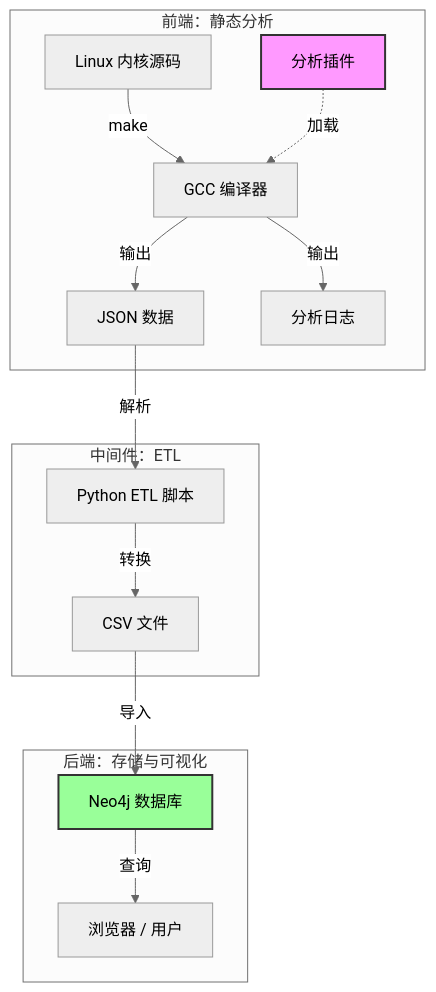
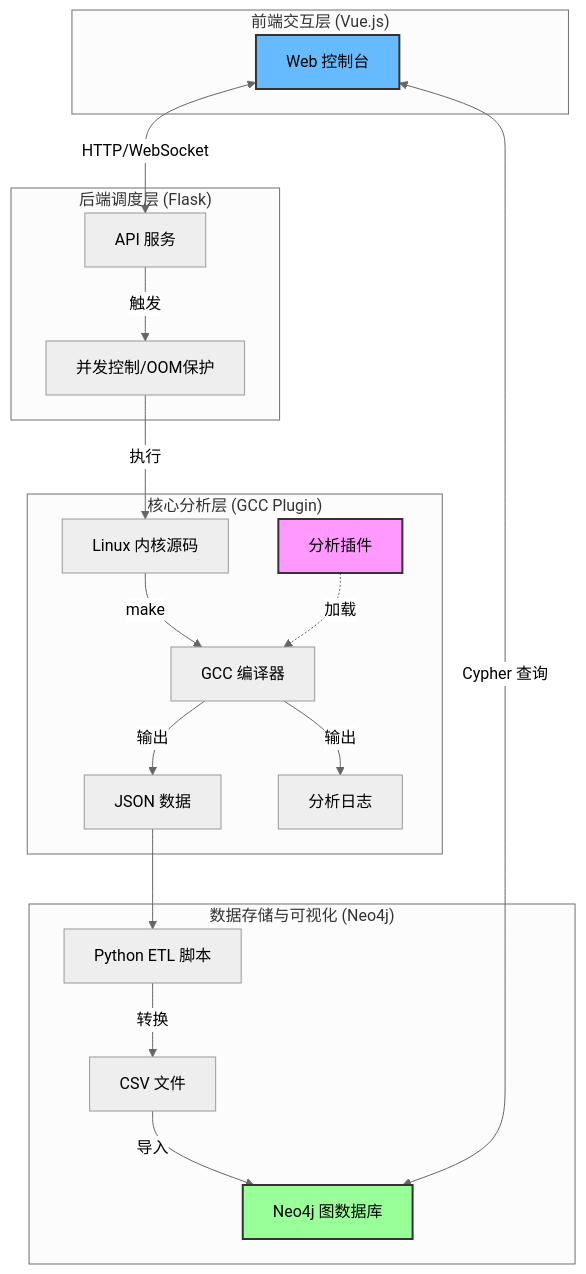
Before and after one commit to lehengzhangJacob/Linux_kernel_safety_tool: the first of 7 diagrams in README.md, drawn with Mermaid (neutral theme). The commit also changed other lines of this file, not shown here.

Commit message:
docs: update README to reflect Web SaaS architecture and GUI-first workflow

````diff
--- a/README.md
+++ b/README.md
@@ -39,22 +42,33 @@
 ```mermaid
 graph TD
-    subgraph "前端：静态分析"
+    subgraph "前端交互层 (Vue.js)"
+        UI[Web 控制台]
+    end
+
+    subgraph "后端调度层 (Flask)"
+        API[API 服务]
+        OOM[并发控制/OOM保护]
+    end
+
+    subgraph "核心分析层 (GCC Plugin)"
         K[Linux 内核源码] -->|make| G[GCC 编译器]
         P[分析插件] -.->|加载| G
         G -->|输出| J[JSON 数据]
         G -->|输出| L[分析日志]
     end
 
-    subgraph "中间件：ETL"
-        J -->|解析| E[Python ETL 脚本]
-        E -->|转换| C[CSV 文件]
+    subgraph "数据存储与可视化 (Neo4j)"
+        E[Python ETL 脚本] -->|转换| C[CSV 文件]
+        C -->|导入| N[Neo4j 图数据库]
     end
 
-    subgraph "后端：存储与可视化"
-        C -->|导入| N[Neo4j 数据库]
-        N -->|查询| U[浏览器 / 用户]
-    end
+    UI <-->|HTTP/WebSocket| API
+    API -->|触发| OOM
+    OOM -->|执行| K
+    J --> E
+    N <-->|Cypher 查询| UI
 
     style P fill:#f9f,stroke:#333,stroke-width:2px
     style N fill:#9f9,stroke:#333,stroke-width:2px
+    style UI fill:#6bf,stroke:#333,stroke-width:2px
 ```
````
